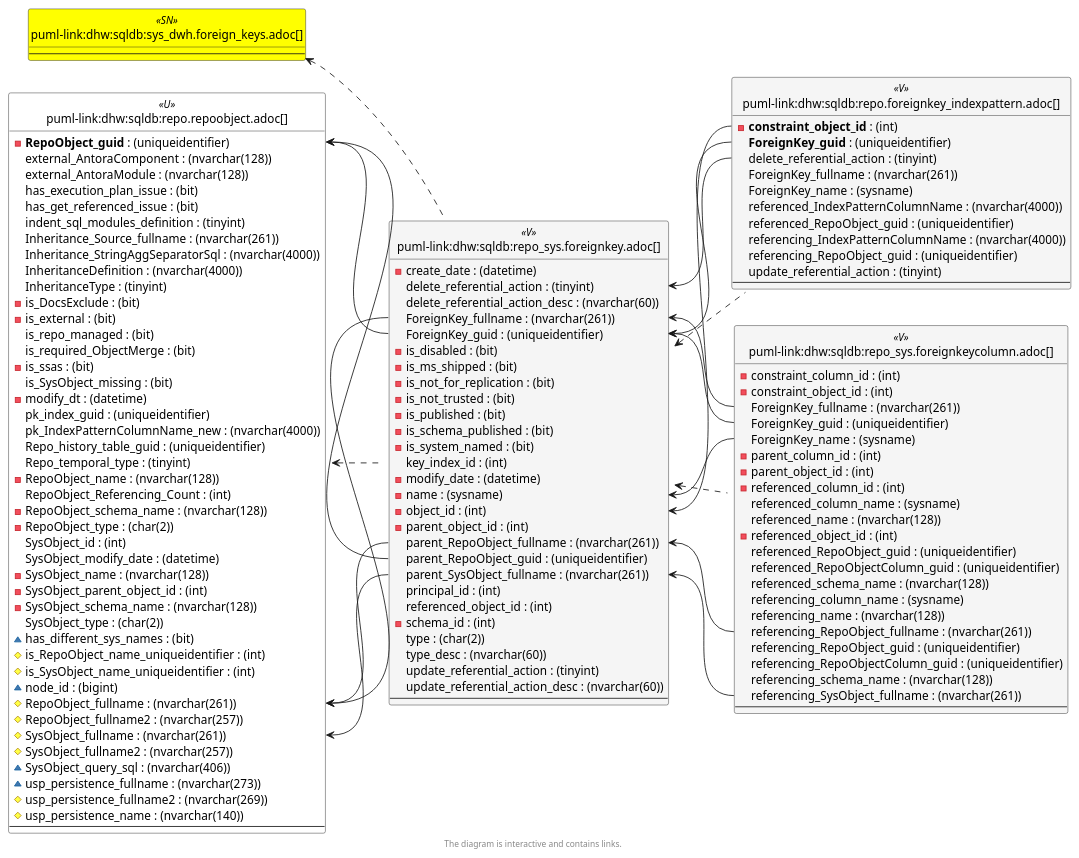
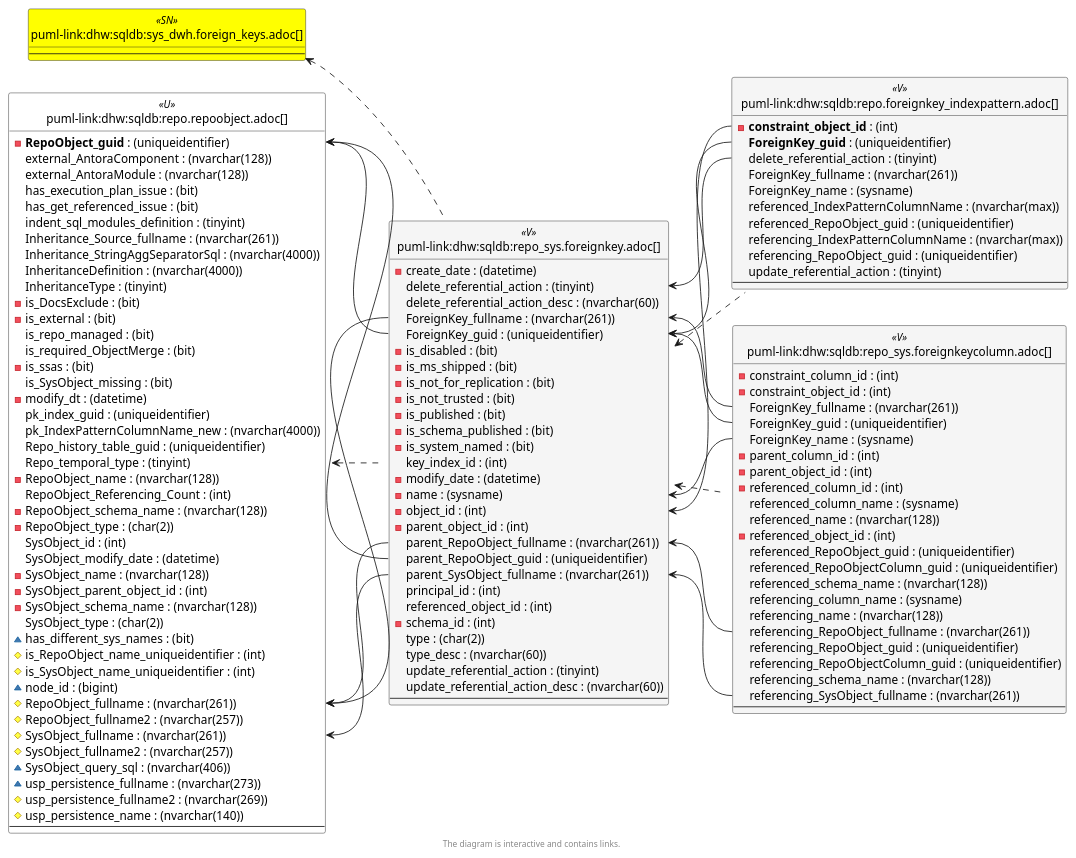
The sixth of 6 diagrams in docs/modules/sqldb/partials/content/repo_sys.foreignkey.adoc (DataHandwerk/dhw-antora-sqldb), drawn with PlantUML before and after one commit. The commit also changed 701 other files, not shown here.

```diff
--- a/docs/modules/sqldb/partials/content/repo_sys.foreignkey.adoc
+++ b/docs/modules/sqldb/partials/content/repo_sys.foreignkey.adoc
@@ -1951,9 +1951,9 @@
   delete_referential_action : (tinyint)
   ForeignKey_fullname : (nvarchar(261))
   ForeignKey_name : (sysname)
-  referenced_IndexPatternColumnName : (nvarchar(4000))
+  referenced_IndexPatternColumnName : (nvarchar(max))
   referenced_RepoObject_guid : (uniqueidentifier)
-  referencing_IndexPatternColumnName : (nvarchar(4000))
+  referencing_IndexPatternColumnName : (nvarchar(max))
   referencing_RepoObject_guid : (uniqueidentifier)
   update_referential_action : (tinyint)
   --
@@ -2067,13 +2067,13 @@
 }
 
 repo.RepoObject <.. repo_sys.ForeignKey
+repo_sys.ForeignKey <.. repo.ForeignKey_IndexPattern
 repo_sys.ForeignKey <.. repo_sys.ForeignKeyColumn
-repo_sys.ForeignKey <.. repo.ForeignKey_IndexPattern
 sys_dwh.foreign_keys <.. repo_sys.ForeignKey
 "repo.RepoObject::RepoObject_fullname" <-- "repo_sys.ForeignKey::ForeignKey_fullname"
 "repo.RepoObject::RepoObject_fullname" <-- "repo_sys.ForeignKey::parent_RepoObject_fullname"
+"repo.RepoObject::RepoObject_guid" <-- "repo_sys.ForeignKey::ForeignKey_guid"
 "repo.RepoObject::RepoObject_guid" <-- "repo_sys.ForeignKey::parent_RepoObject_guid"
-"repo.RepoObject::RepoObject_guid" <-- "repo_sys.ForeignKey::ForeignKey_guid"
 "repo.RepoObject::SysObject_fullname" <-- "repo_sys.ForeignKey::parent_SysObject_fullname"
 "repo_sys.ForeignKey::delete_referential_action" <-- "repo.ForeignKey_IndexPattern::delete_referential_action"
 "repo_sys.ForeignKey::ForeignKey_fullname" <-- "repo_sys.ForeignKeyColumn::ForeignKey_fullname"
```
